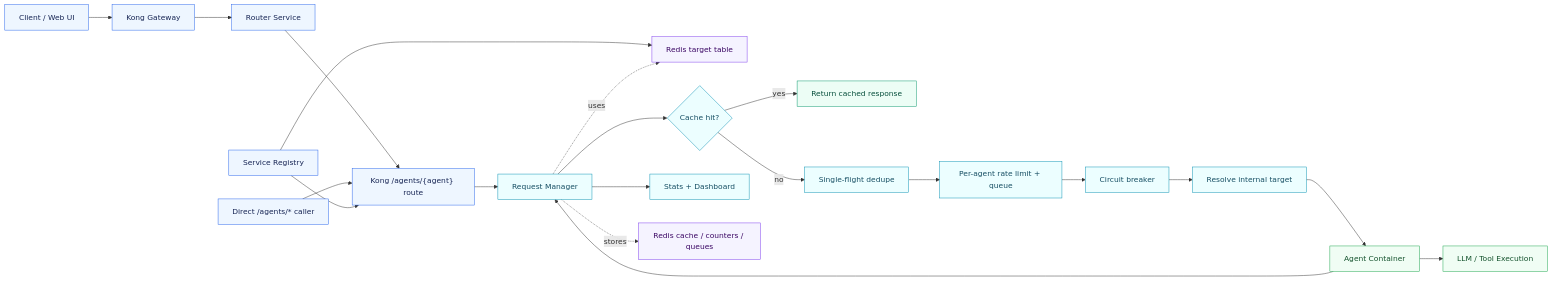
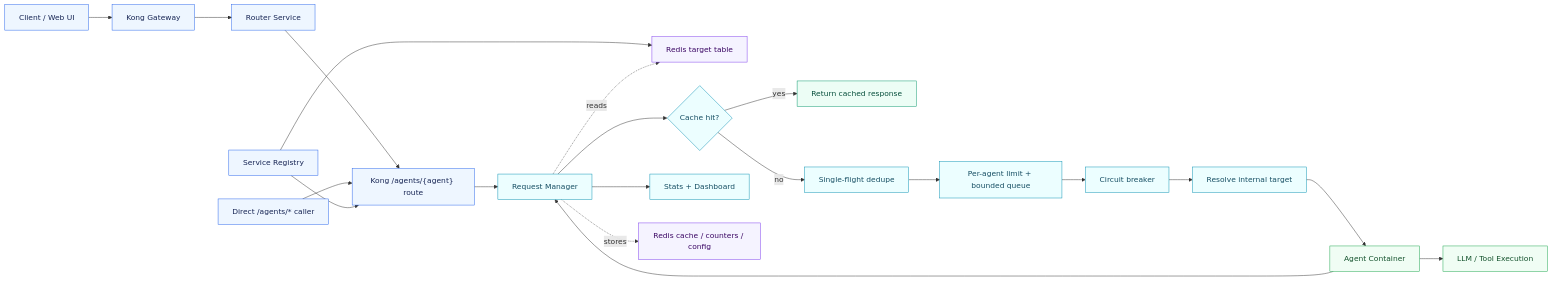
Before and after one commit to Nasiko-Labs/nasiko: the second of 2 diagrams in docs/demo/resilient-request-layer-demo.md, drawn with Mermaid. The commit also changed other lines of this file, not shown here.

````diff
--- a/docs/demo/resilient-request-layer-demo.md
+++ b/docs/demo/resilient-request-layer-demo.md
@@ -90,37 +56,37 @@
 ```mermaid
 flowchart LR
     Client["Client / Web UI"] --> Kong["Kong Gateway"]
     Kong --> Router["Router Service"]
     Router --> KongAgent["Kong /agents/{agent} route"]
     DirectClient["Direct /agents/* caller"] --> KongAgent
 
     Registry["Service Registry"] --> KongAgent
     Registry --> RedisTargets["Redis target table"]
 
     KongAgent --> RM["Request Manager"]
     RM --> Cache{"Cache hit?"}
     Cache -- "yes" --> FastResponse["Return cached response"]
     Cache -- "no" --> SingleFlight["Single-flight dedupe"]
-    SingleFlight --> Limiter["Per-agent rate limit + queue"]
+    SingleFlight --> Limiter["Per-agent limit + bounded queue"]
     Limiter --> Circuit["Circuit breaker"]
     Circuit --> TargetLookup["Resolve internal target"]
     TargetLookup --> Agent["Agent Container"]
     Agent --> Compute["LLM / Tool Execution"]
     Agent --> RM
     RM --> Metrics["Stats + Dashboard"]
 
-    RM -. uses .-> RedisTargets
-    RM -. stores .-> RedisCache["Redis cache / counters / queues"]
+    RM -. reads .-> RedisTargets
+    RM -. stores .-> RedisState["Redis cache / counters / config"]
 
+    classDef normal fill:#eef6ff,stroke:#2563eb,color:#172554;
     classDef control fill:#ecfeff,stroke:#0891b2,color:#164e63;
     classDef redis fill:#f5f3ff,stroke:#7c3aed,color:#3b0764;
-    classDef normal fill:#eef6ff,stroke:#2563eb,color:#172554;
     classDef agent fill:#f0fdf4,stroke:#16a34a,color:#14532d;
     classDef fast fill:#ecfdf5,stroke:#059669,color:#064e3b;
 
     class Client,DirectClient,Kong,Router,KongAgent,Registry normal;
     class RM,Cache,SingleFlight,Limiter,Circuit,TargetLookup,Metrics control;
-    class RedisTargets,RedisCache redis;
+    class RedisTargets,RedisState redis;
     class Agent,Compute agent;
     class FastResponse fast;
 ```
````
